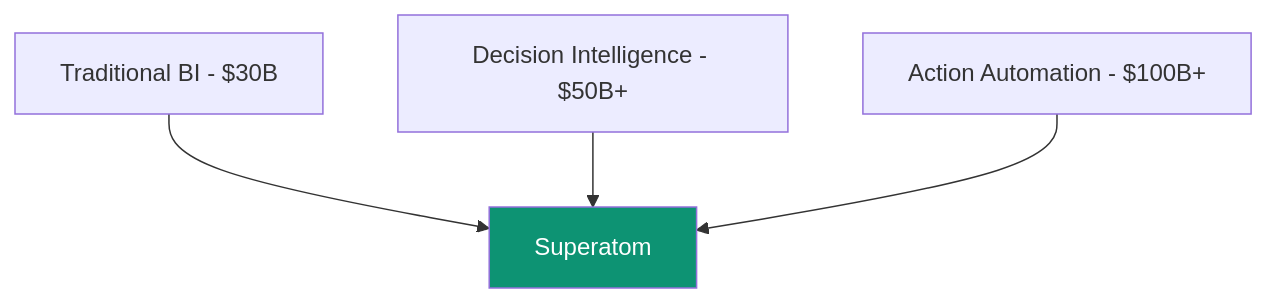
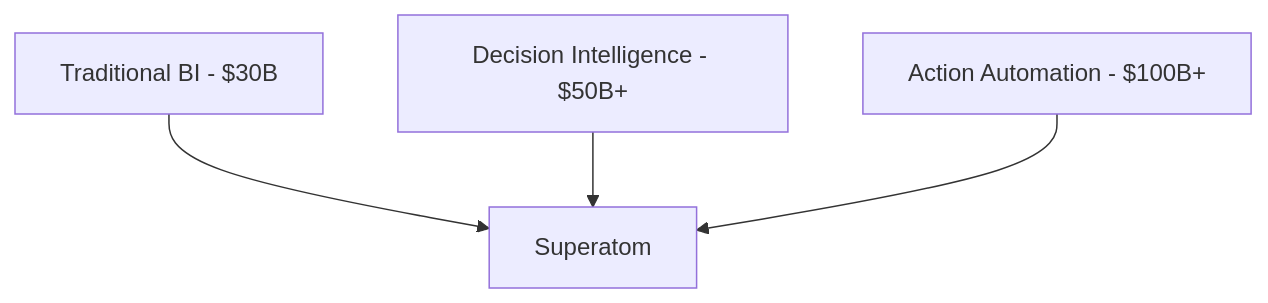
The fifth of 5 diagrams in introduction/comparison.mdx (ashishsuperatom/tech-docs), drawn with Mermaid before and after one commit. The commit also changed other lines of this file and 37 other files, not shown here.

First line of the commit message:
Clean up docs: remove em-dashes, fix mermaid diagrams, remove emojis

````diff
--- a/introduction/comparison.mdx
+++ b/introduction/comparison.mdx
@@ -210,8 +201,7 @@
 ```mermaid
 flowchart TD
     L1["Traditional BI - $30B"] --> SUPERATOM["Superatom"]
     L2["Decision Intelligence - $50B+"] --> SUPERATOM
     L3["Action Automation - $100B+"] --> SUPERATOM
 
-    style SUPERATOM fill:#0D9373,color:#fff
 ```
````
